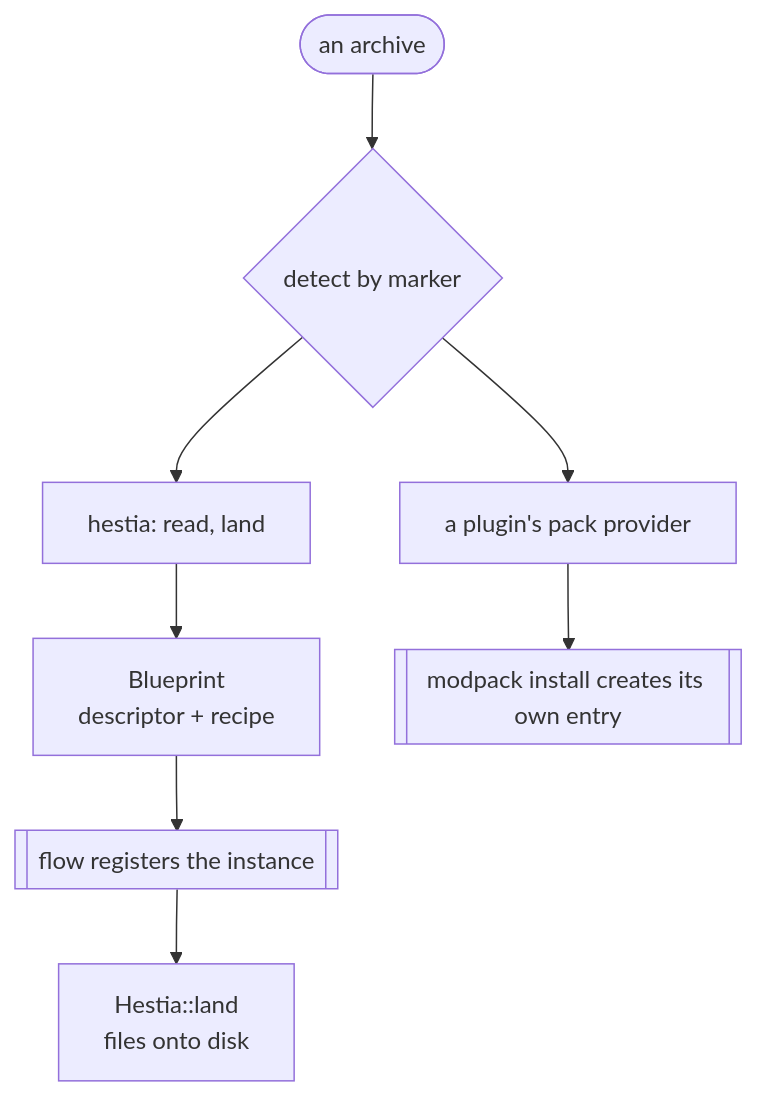
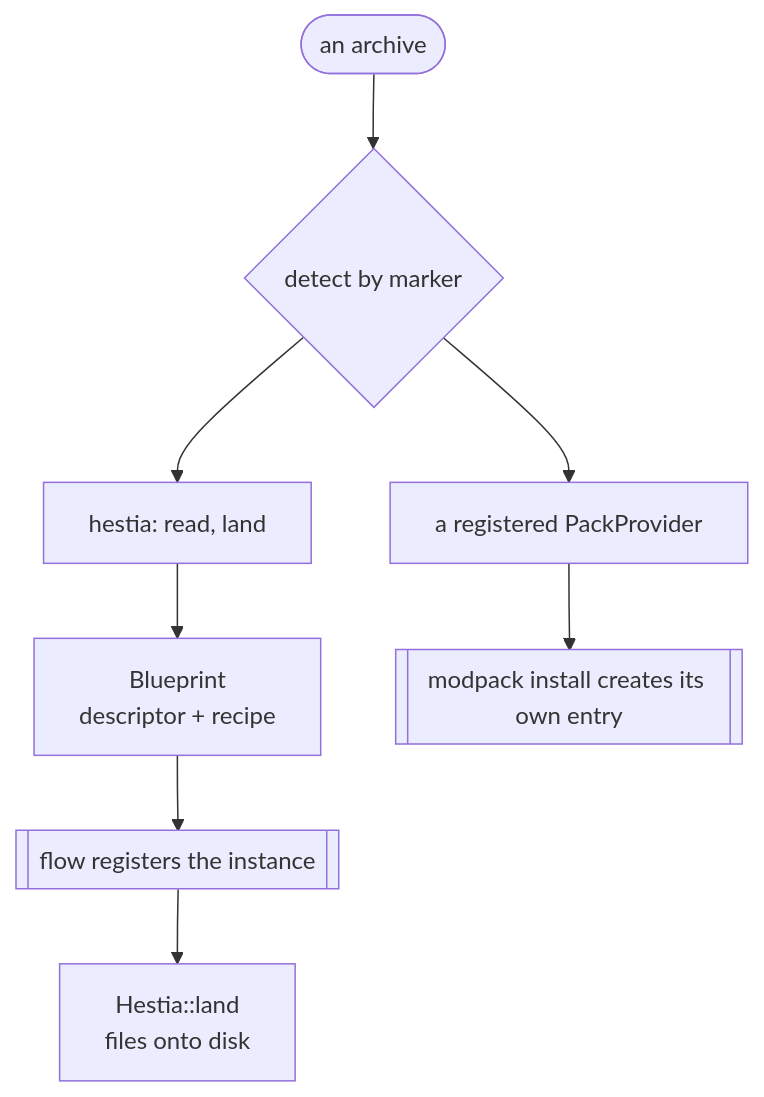
One commit to prytaneum/hestia changed the diagram in docs/architecture/transfer.md. Above: the diagram before and after it, drawn with Mermaid. The commit also changed other lines of this file and 36 other files, not shown here.

````diff
--- a/docs/architecture/transfer.md
+++ b/docs/architecture/transfer.md
@@ -29,6 +29,6 @@
 ```mermaid
 flowchart TD
     FILE([an archive]) --> DETECT{detect by marker}
     DETECT --> HESTIA["hestia: read, land"] --> BP["Blueprint<br/>descriptor + recipe"] --> CREATE[["flow registers the instance"]] --> LAND["Hestia::land<br/>files onto disk"]
-    DETECT --> PACK["a plugin's pack provider"] --> MODPACK[["modpack install creates its own entry"]]
+    DETECT --> PACK["a registered PackProvider"] --> MODPACK[["modpack install creates its own entry"]]
 ```
````
